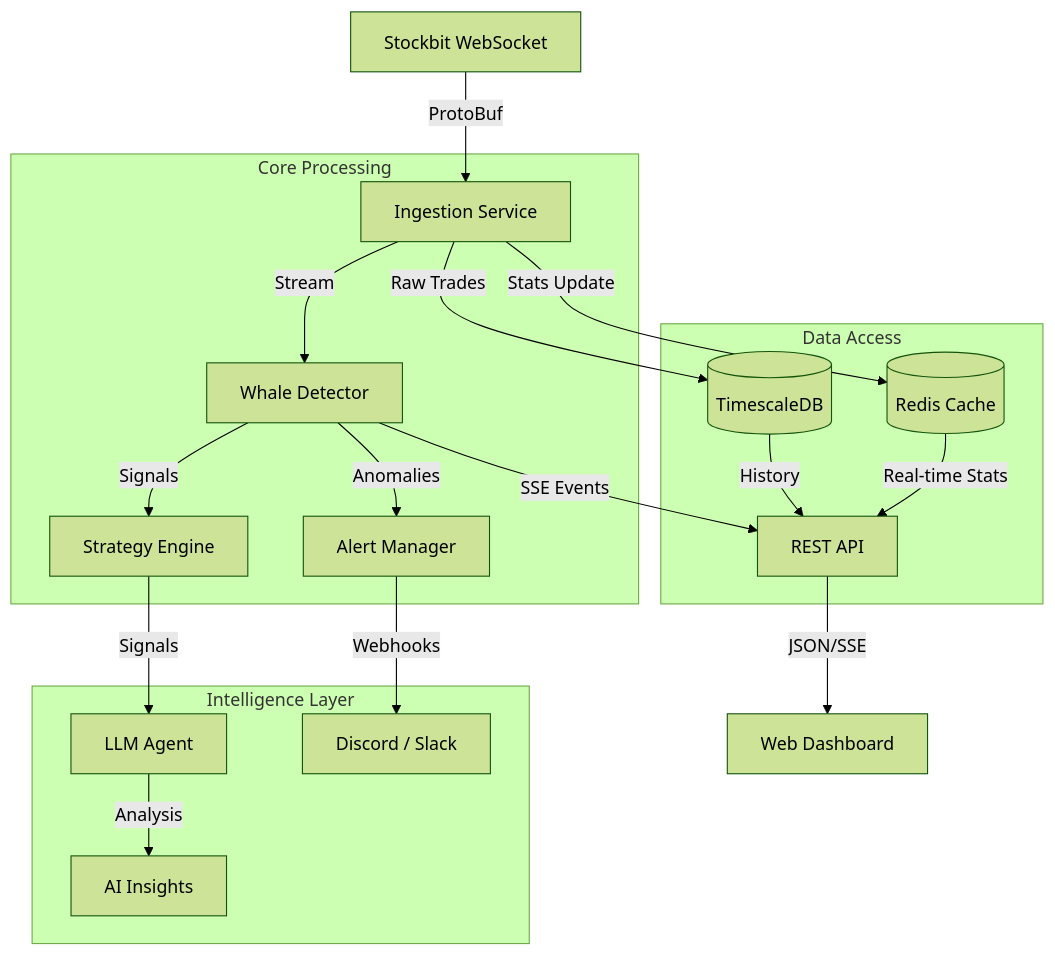
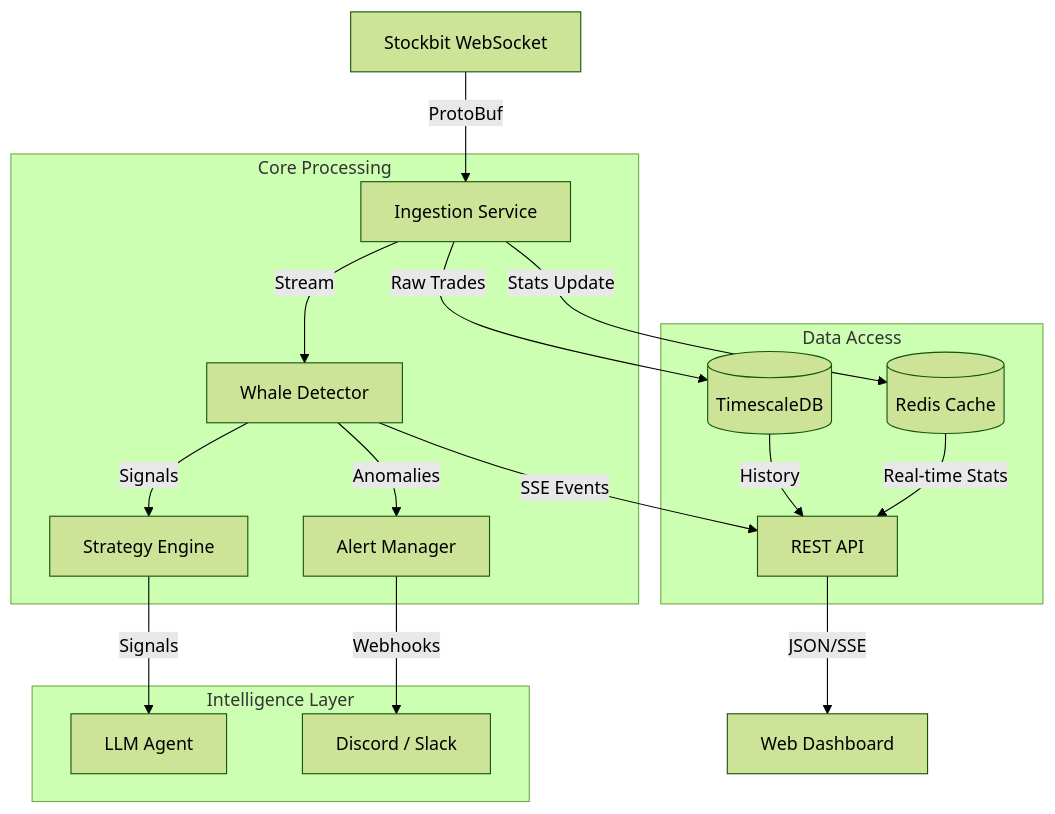
The diagram in docs/ARCHITECTURE.md (nofendian17/stockbit-haka-haki), drawn with Mermaid (forest theme) before and after one commit. The commit also changed other lines of this file and 21 other files, not shown here.

````diff
--- a/docs/ARCHITECTURE.md
+++ b/docs/ARCHITECTURE.md
@@ -7,26 +7,26 @@
 ```mermaid
 graph TD
     WS[Stockbit WebSocket] -->|ProtoBuf| Ingest[Ingestion Service]
     Ingest -->|Raw Trades| TimescaleDB[(TimescaleDB)]
     Ingest -->|Stats Update| Redis[(Redis Cache)]
+    
     
     subgraph Core Processing
         Ingest -->|Stream| Detector[Whale Detector]
         Detector -->|Anomalies| AlertMgr[Alert Manager]
         Detector -->|Signals| Strategy[Strategy Engine]
     end
     
     subgraph Intelligence Layer
         Strategy -->|Signals| LLM[LLM Agent]
-        LLM -->|Analysis| Insights[AI Insights]
         AlertMgr -->|Webhooks| External[Discord / Slack]
     end
     
     subgraph Data Access
         TimescaleDB -->|History| API[REST API]
         Redis -->|Real-time Stats| API
         Detector -->|SSE Events| API
     end
     
     API -->|JSON/SSE| WebUI[Web Dashboard]
 ```
````
